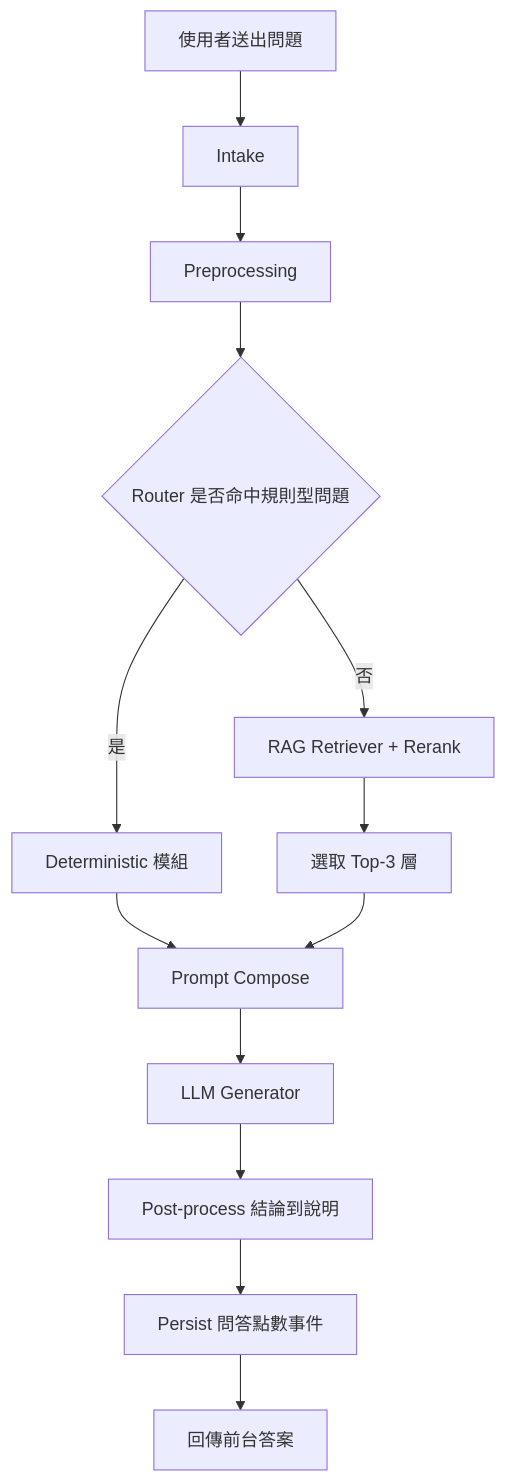
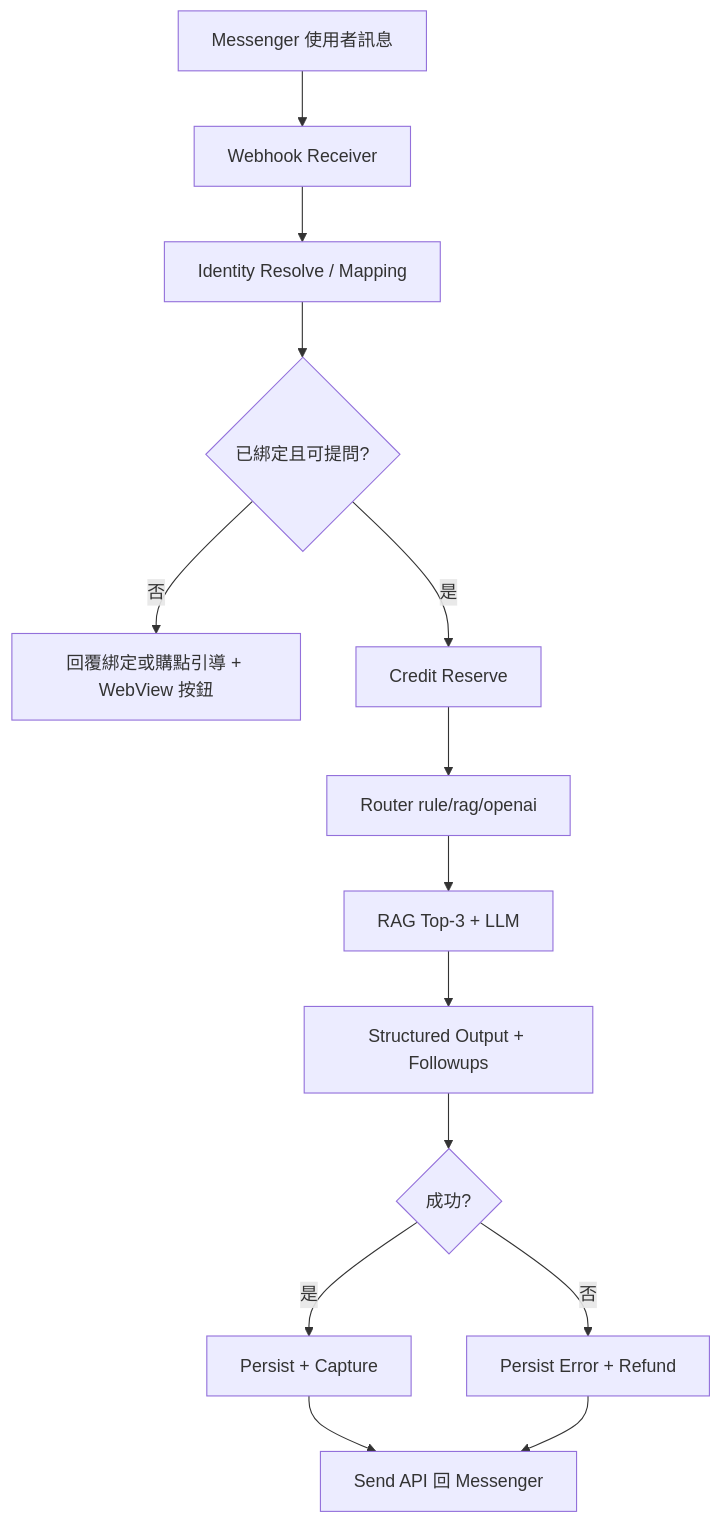
The first of 2 diagrams in docs/PRD.md (kevin1kevin1k/cyber-oracle), drawn with Mermaid before and after one commit. The commit also changed other lines of this file and 18 other files, not shown here.

````diff
--- a/docs/PRD.md
+++ b/docs/PRD.md
@@ -71,15 +103,16 @@
 ```mermaid
 flowchart TD
-  A[使用者送出問題] --> B[Intake]
-  B --> C[Preprocessing]
-  C --> D{Router 是否命中規則型問題}
-  D -->|是| E[Deterministic 模組]
-  D -->|否| F[RAG Retriever + Rerank]
-  F --> G[選取 Top-3 層]
-  E --> H[Prompt Compose]
-  G --> H
-  H --> I[LLM Generator]
-  I --> J[Post-process 結論到說明]
-  J --> K[Persist 問答點數事件]
-  K --> L[回傳前台答案]
+  M1[Messenger 使用者訊息] --> M2[Webhook Receiver]
+  M2 --> M3[Identity Resolve / Mapping]
+  M3 --> M4{已綁定且可提問?}
+  M4 -->|否| M5[回覆綁定或購點引導 + WebView 按鈕]
+  M4 -->|是| M6[Credit Reserve]
+  M6 --> M7[Router rule/rag/openai]
+  M7 --> M8[RAG Top-3 + LLM]
+  M8 --> M9[Structured Output + Followups]
+  M9 --> M10{成功?}
+  M10 -->|是| M11[Persist + Capture]
+  M10 -->|否| M12[Persist Error + Refund]
+  M11 --> M13[Send API 回 Messenger]
+  M12 --> M13
 ```
````
